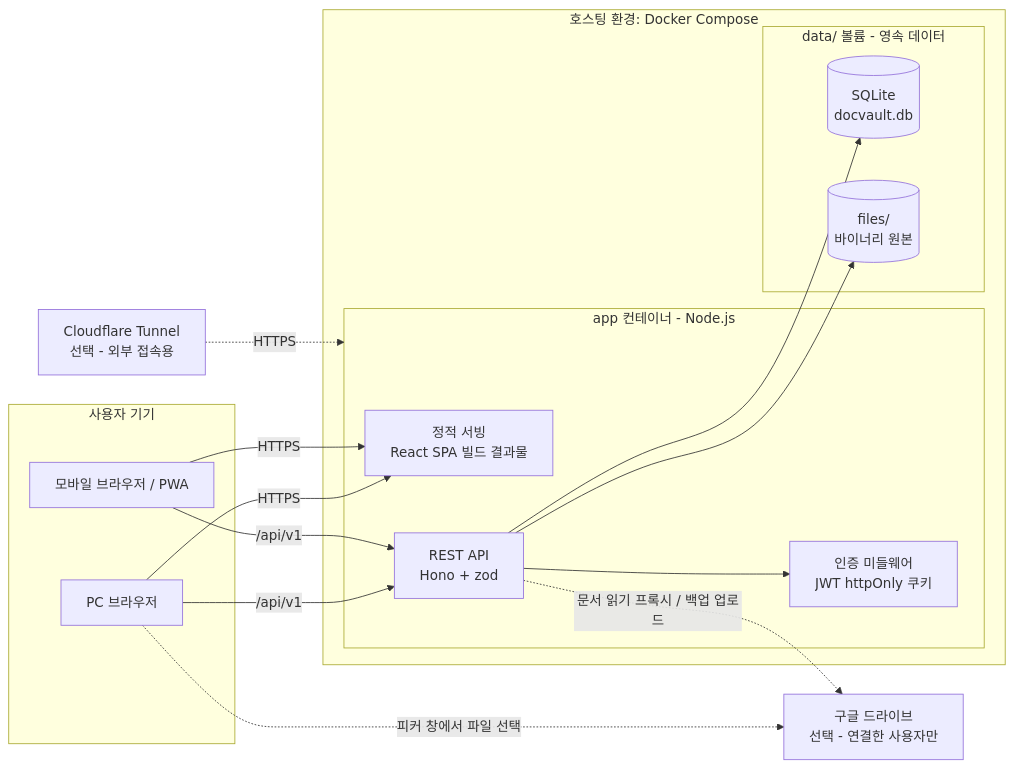
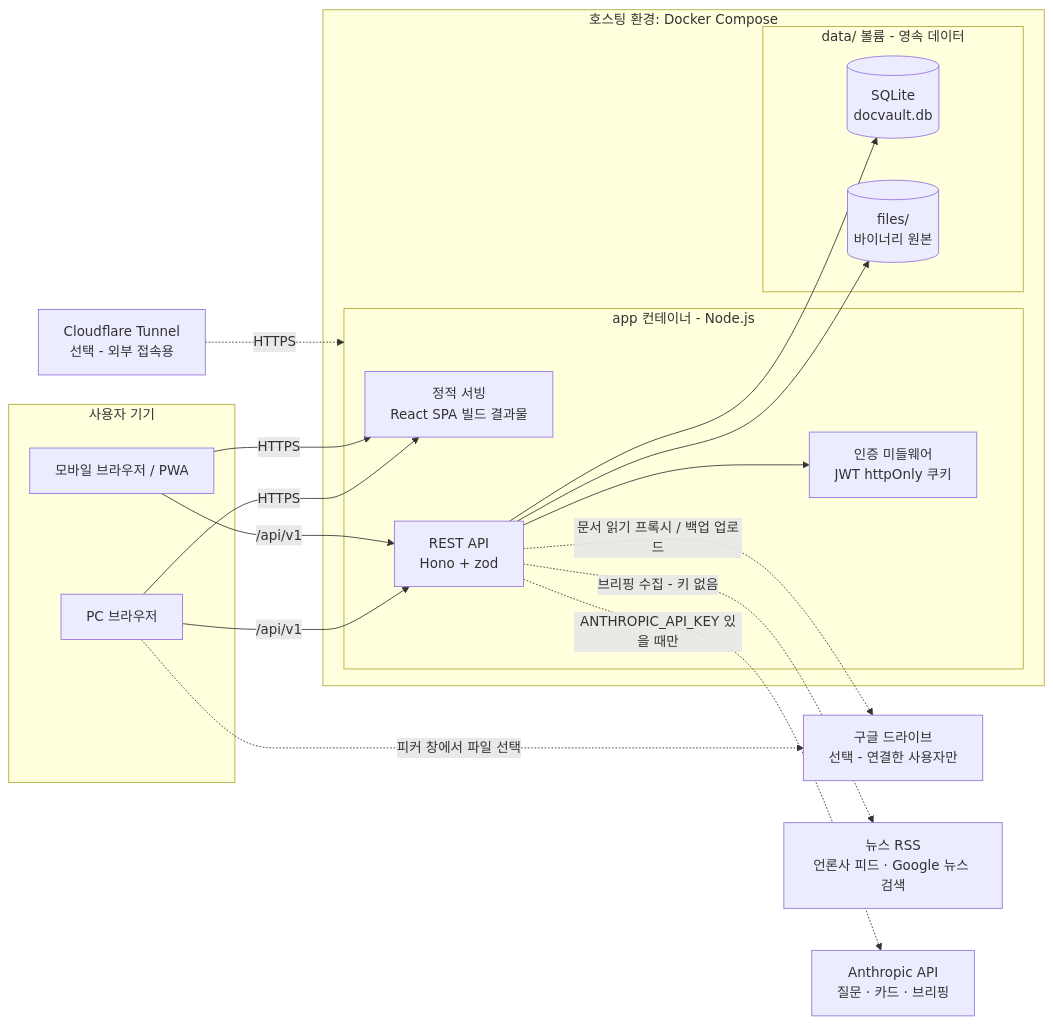
The diagram in docs/design/시스템아키텍처_docvault_20260813.md (ehdwn009/docvault), drawn with Mermaid before and after one commit. The commit also changed other lines of this file and 4 other files, not shown here.

First line of the commit message:
docs: 뉴스 브리핑 설계 — 기능 설계 문서 + ERD·API·IA·아키텍처 반영

````diff
--- a/docs/design/시스템아키텍처_docvault_20260813.md
+++ b/docs/design/시스템아키텍처_docvault_20260813.md
@@ -11,33 +11,37 @@
 ```mermaid
 flowchart LR
     subgraph Devices[사용자 기기]
         PC[PC 브라우저]
         Mobile[모바일 브라우저 / PWA]
     end
 
     Tunnel[Cloudflare Tunnel<br/>선택 - 외부 접속용] -.->|HTTPS| App
 
     subgraph Host[호스팅 환경: Docker Compose]
         subgraph App[app 컨테이너 - Node.js]
             Static[정적 서빙<br/>React SPA 빌드 결과물]
             API[REST API<br/>Hono + zod]
             AuthMW[인증 미들웨어<br/>JWT httpOnly 쿠키]
         end
         subgraph Data[data/ 볼륨 - 영속 데이터]
             DB[(SQLite<br/>docvault.db)]
             FS[(files/<br/>바이너리 원본)]
         end
     end
 
     Google[구글 드라이브<br/>선택 - 연결한 사용자만]
+    RSS[뉴스 RSS<br/>언론사 피드 · Google 뉴스 검색]
+    LLM[Anthropic API<br/>질문 · 카드 · 브리핑]
 
     PC -->|HTTPS| Static
     Mobile -->|HTTPS| Static
     PC -->|/api/v1| API
     Mobile -->|/api/v1| API
     API --> AuthMW
     API --> DB
     API --> FS
     API -.->|문서 읽기 프록시 / 백업 업로드| Google
     PC -.->|피커 창에서 파일 선택| Google
+    API -.->|브리핑 수집 - 키 없음| RSS
+    API -.->|ANTHROPIC_API_KEY 있을 때만| LLM
 ```
````
